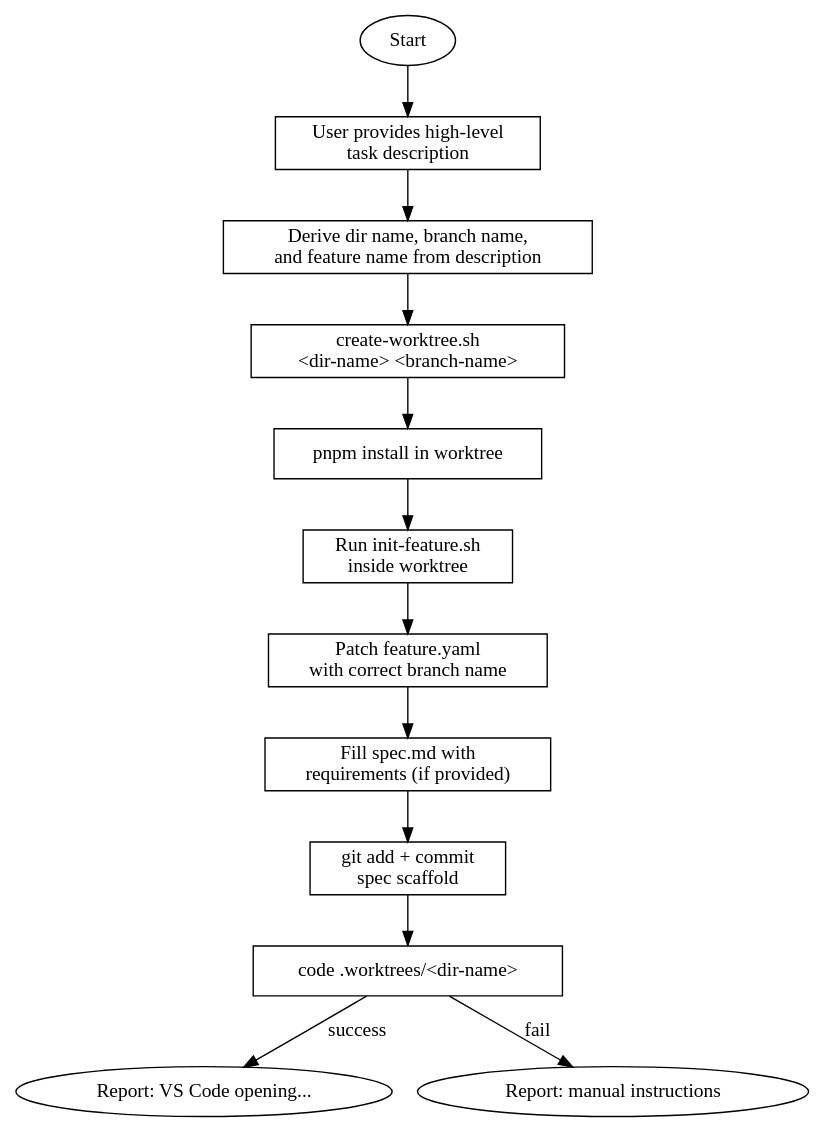
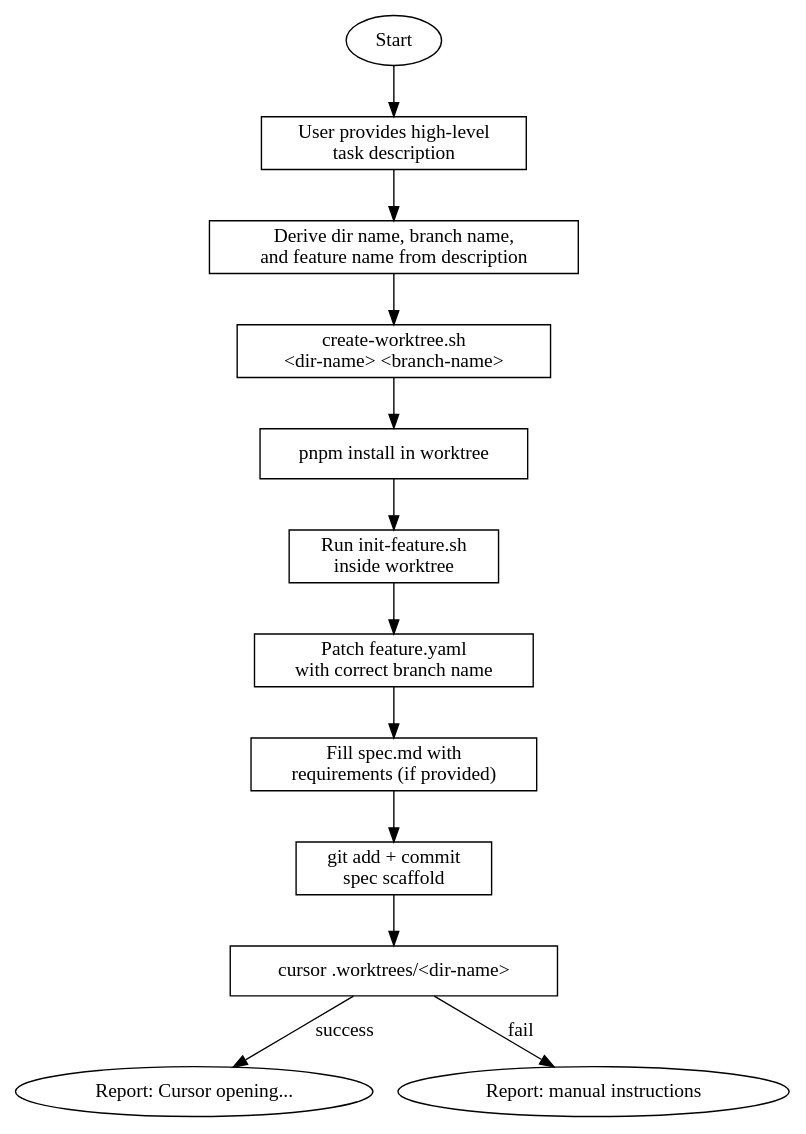
One commit to shep-ai/cli changed the diagram in .cursor/skills/shep-kit:parallel-task/SKILL.md. Above: the diagram before and after it, drawn with Graphviz. The commit also changed other lines of this file, not shown here.

Commit message:
chore: make parallel task in cursor to open cursor

````diff
--- a/.cursor/skills/shep-kit:parallel-task/SKILL.md
+++ b/.cursor/skills/shep-kit:parallel-task/SKILL.md
@@ -18,31 +18,31 @@
 ```dot
 digraph parallel_task {
     rankdir=TB;
     node [shape=box];
 
     start [label="Start" shape=ellipse];
     get_desc [label="User provides high-level\ntask description"];
     derive [label="Derive dir name, branch name,\nand feature name from description"];
     create_wt [label="create-worktree.sh\n<dir-name> <branch-name>"];
     install [label="pnpm install in worktree"];
     init_spec [label="Run init-feature.sh\ninside worktree"];
     fix_yaml [label="Patch feature.yaml\nwith correct branch name"];
     fill_spec [label="Fill spec.md with\nrequirements (if provided)"];
     commit [label="git add + commit\nspec scaffold"];
-    open_code [label="code .worktrees/<dir-name>"];
-    success [label="Report: VS Code opening..." shape=ellipse];
+    open_cursor [label="cursor .worktrees/<dir-name>"];
+    success [label="Report: Cursor opening..." shape=ellipse];
     fail [label="Report: manual instructions" shape=ellipse];
 
     start -> get_desc;
     get_desc -> derive;
     derive -> create_wt;
     create_wt -> install;
     install -> init_spec;
     init_spec -> fix_yaml;
     fix_yaml -> fill_spec;
     fill_spec -> commit;
-    commit -> open_code;
-    open_code -> success [label="success"];
-    open_code -> fail [label="fail"];
+    commit -> open_cursor;
+    open_cursor -> success [label="success"];
+    open_cursor -> fail [label="fail"];
 }
 ```
````
